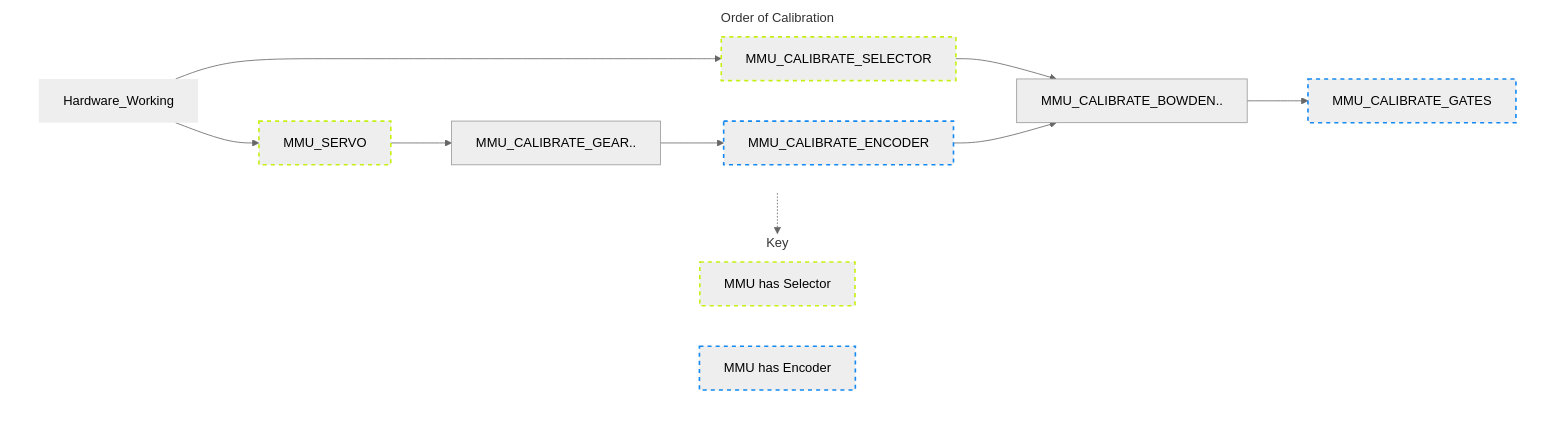
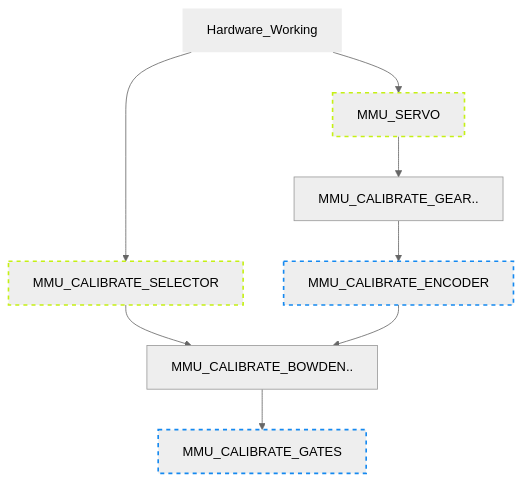
One commit to 3DCoded/Happy-Hare changed the first of 2 diagrams in MMU-Calibration.md. Above: the diagram before and after it, drawn with Mermaid (neutral theme). The commit also changed other lines of this file, not shown here.

````diff
--- a/MMU-Calibration.md
+++ b/MMU-Calibration.md
@@ -22,29 +22,16 @@
 ```mermaid
 graph TD;
-  subgraph sequence ["Order of Calibration"]
     Hardware_Working --> MMU_SERVO
     Hardware_Working --> MMU_CALIBRATE_SELECTOR
     MMU_CALIBRATE_SELECTOR --> MMU_CALIBRATE_BOWDEN
     MMU_SERVO --> MMU_CALIBRATE_GEAR["MMU_CALIBRATE_GEAR.."]
     MMU_CALIBRATE_GEAR --> MMU_CALIBRATE_ENCODER
     MMU_CALIBRATE_ENCODER --> MMU_CALIBRATE_BOWDEN["MMU_CALIBRATE_BOWDEN.."]
     MMU_CALIBRATE_BOWDEN --> MMU_CALIBRATE_GATES
-  end
-  style Hardware_Working stroke-width:0px
-  style MMU_SERVO stroke-dasharray: 5 5, stroke:#c5f015, stroke-width:2px
-  style MMU_CALIBRATE_SELECTOR stroke-dasharray: 5 5, stroke:#c5f015, stroke-width:2px
-  style MMU_CALIBRATE_ENCODER stroke-dasharray: 5 5, stroke:#1589f0, stroke-width:2px
-  style MMU_CALIBRATE_GATES stroke-dasharray: 5 5, stroke:#1589f0, stroke-width:2px
 
-  sequence -.-> key
-
-  subgraph key ["Key"]
-    LINEAR_SELECTOR["MMU has Selector"]
-    ENCODER["MMU has Encoder"]
-  end
-  style LINEAR_SELECTOR stroke-dasharray: 5 5, stroke:#c5f015, stroke-width:2px
-  style ENCODER stroke-dasharray: 5 5, stroke:#1589f0, stroke-width:2px
-
-  style sequence fill:transparent,stroke:none
-  style key fill:transparent,stroke:none
+    style Hardware_Working stroke-width:0px
+    style MMU_SERVO stroke-dasharray: 5 5, stroke:#c5f015, stroke-width:2px
+    style MMU_CALIBRATE_SELECTOR stroke-dasharray: 5 5, stroke:#c5f015, stroke-width:2px
+    style MMU_CALIBRATE_ENCODER stroke-dasharray: 5 5, stroke:#1589f0, stroke-width:2px
+    style MMU_CALIBRATE_GATES stroke-dasharray: 5 5, stroke:#1589f0, stroke-width:2px
 ```
````
